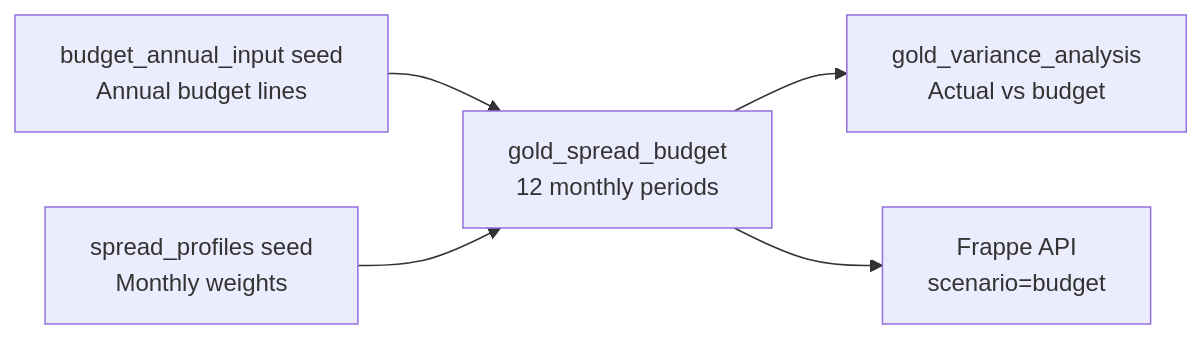
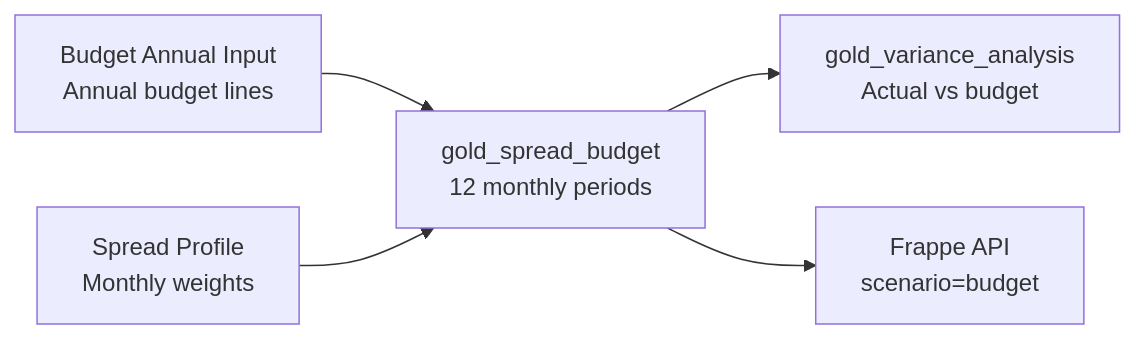
One commit to grynn-in/konsolidat changed the diagram in docs/user-guide/budgeting-guide.md. Above: the diagram before and after it, drawn with Mermaid. The commit also changed other lines of this file and 46 other files, not shown here.

````diff
--- a/docs/user-guide/budgeting-guide.md
+++ b/docs/user-guide/budgeting-guide.md
@@ -10,7 +10,7 @@
 ```mermaid
 graph LR
-    INPUT[budget_annual_input seed<br/>Annual budget lines] --> SPREAD[gold_spread_budget<br/>12 monthly periods]
-    PROFILES[spread_profiles seed<br/>Monthly weights] --> SPREAD
+    INPUT[Budget Annual Input<br/>Annual budget lines] --> SPREAD[gold_spread_budget<br/>12 monthly periods]
+    PROFILES[Spread Profile<br/>Monthly weights] --> SPREAD
     SPREAD --> VAR[gold_variance_analysis<br/>Actual vs budget]
     SPREAD --> API[Frappe API<br/>scenario=budget]
 ```
````
